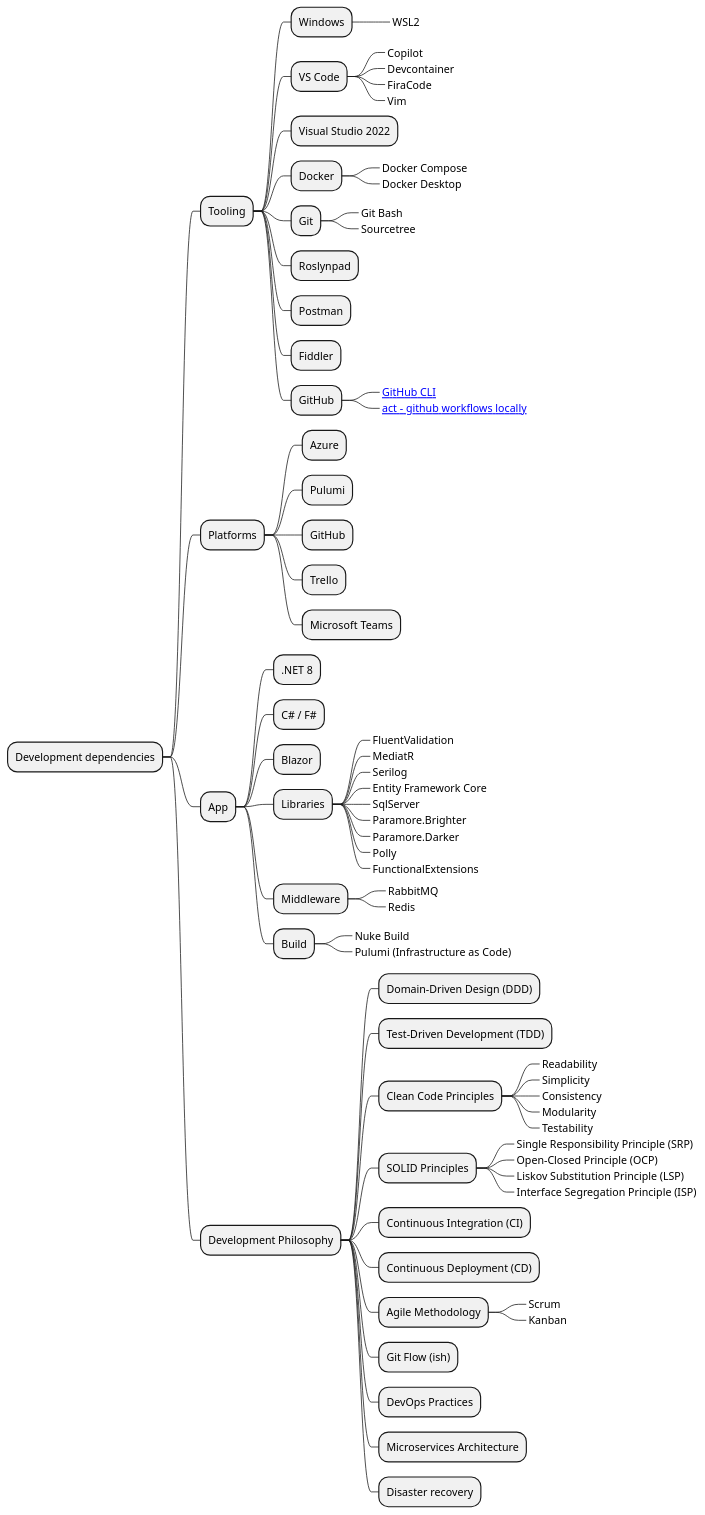
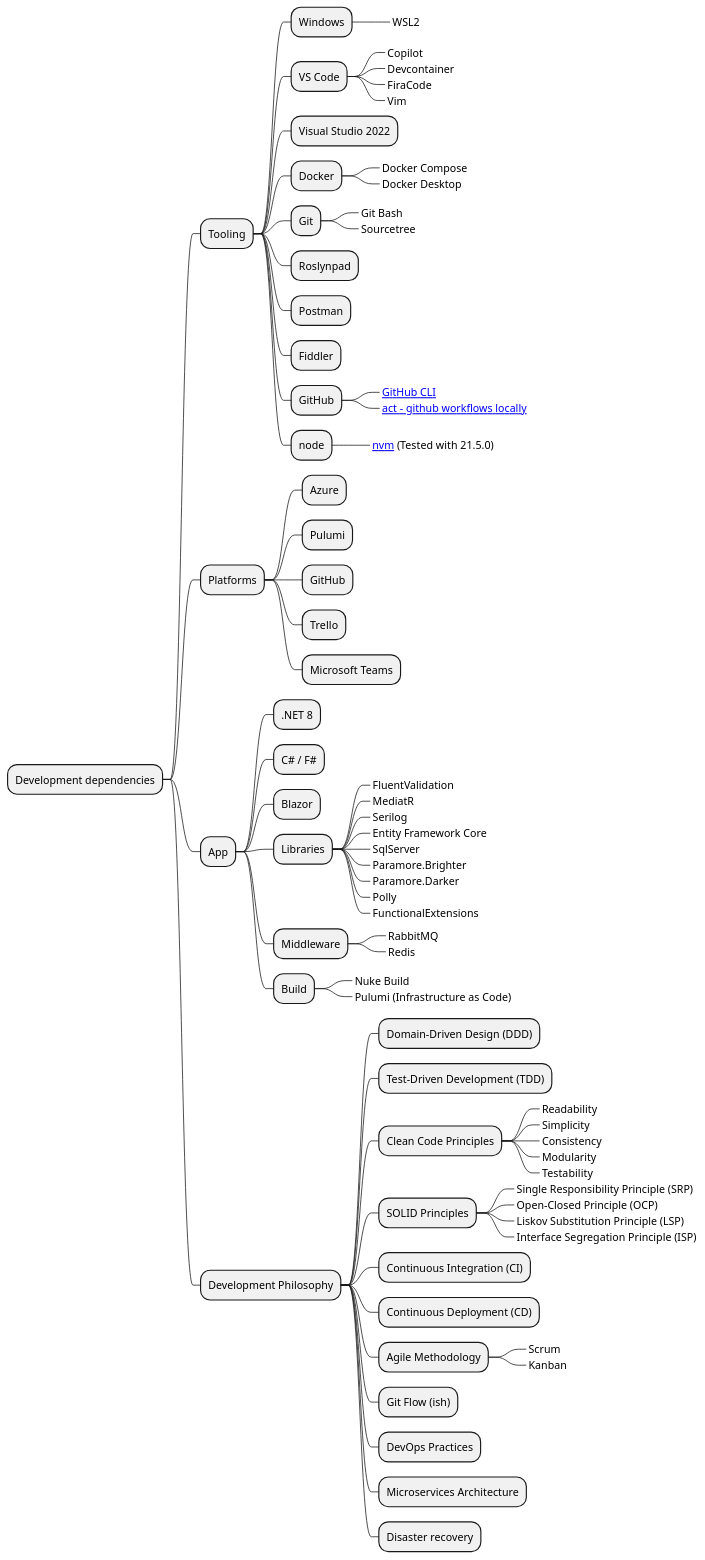
Before and after one commit to sukkergris/job-application: the diagram in Documentation/ApplicationMindMap.wsd, drawn with PlantUML. The commit also changed 2 other files, not shown here.

```diff
--- a/Documentation/ApplicationMindMap.wsd
+++ b/Documentation/ApplicationMindMap.wsd
@@ -1,78 +1,81 @@
 @startmindmap "The Private Job Application App"
 
 * Development dependencies
 ** Tooling
 *** Windows
 ****_ WSL2
 *** VS Code
 ****_ Copilot
 ****_ Devcontainer
 ****_ FiraCode
 ****_ Vim
 *** Visual Studio 2022
 *** Docker
 ****_ Docker Compose
 ****_ Docker Desktop
 *** Git
 ****_ Git Bash
 ****_ Sourcetree
 *** Roslynpad
 *** Postman
 *** Fiddler
 *** GitHub
 ****_ [[https://github.com/cli/cli?tab=readme-ov-file GitHub CLI]]
 ****_ [[https://github.com/nektos/act act - github workflows locally]]
+*** node
+****_ [[https://github.com/coreybutler/nvm-windows/releases nvm]] (Tested with 21.5.0)
+
 
 ** Platforms
 *** Azure
 *** Pulumi
 *** GitHub
 *** Trello
 *** Microsoft Teams
 
 ** App
 *** .NET 8
 *** C# / F#
 *** Blazor
 *** Libraries
 ****_ FluentValidation
 ****_ MediatR
 ****_ Serilog
 ****_ Entity Framework Core
 ****_ SqlServer
 ****_ Paramore.Brighter
 ****_ Paramore.Darker
 ****_ Polly
 ****_ FunctionalExtensions
 *** Middleware
 ****_ RabbitMQ
 ****_ Redis
 *** Build
 ****_ Nuke Build
 ****_ Pulumi (Infrastructure as Code)
 
 ** Development Philosophy
 *** Domain-Driven Design (DDD)
 *** Test-Driven Development (TDD)
 *** Clean Code Principles
 ****_ Readability
 ****_ Simplicity
 ****_ Consistency
 ****_ Modularity
 ****_ Testability
 *** SOLID Principles
 ****_ Single Responsibility Principle (SRP)
 ****_ Open-Closed Principle (OCP)
 ****_ Liskov Substitution Principle (LSP)
 ****_ Interface Segregation Principle (ISP)
 *** Continuous Integration (CI)
 *** Continuous Deployment (CD)
 *** Agile Methodology
 ****_ Scrum
 ****_ Kanban
 *** Git Flow (ish)
 *** DevOps Practices
 *** Microservices Architecture
 *** Disaster recovery
 
 @endmindmap
```
